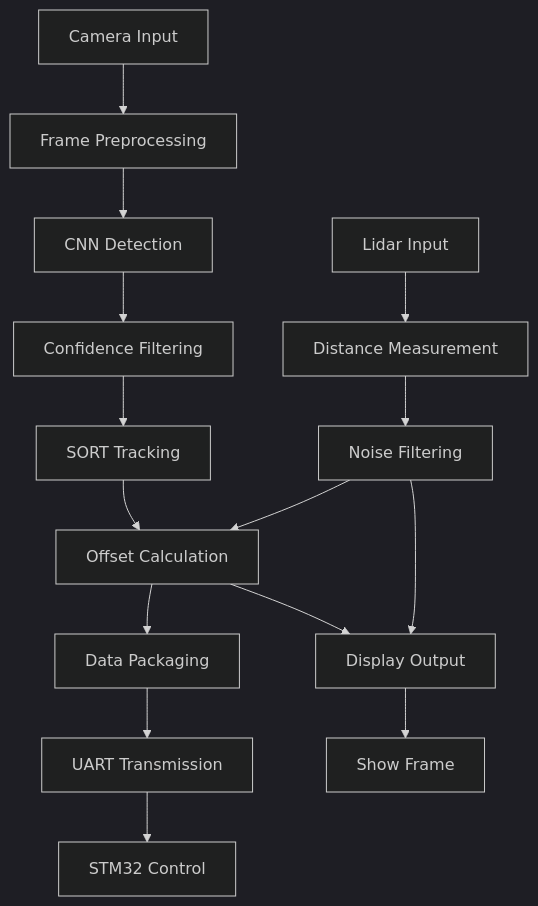
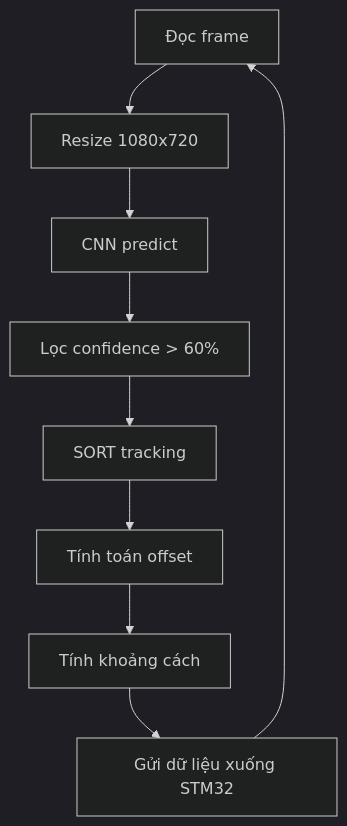
The diagram in README.md (BaoHan1712/ROBOCON-ABU-2025), drawn with Mermaid (dark theme) before and after one commit. The commit also changed other lines of this file and 5 other files, not shown here.

````diff
--- a/README.md
+++ b/README.md
@@ -218,20 +61,11 @@
 ```mermaid
 flowchart TD
-    A[Camera Input] --> B[Frame Preprocessing]
-    B --> C[CNN Detection]
-    C --> D[Confidence Filtering]
-    D --> E[SORT Tracking]
-    
-    F[Lidar Input] --> G[Distance Measurement]
-    G --> H[Noise Filtering]
-    
-    E --> I[Offset Calculation]
-    H --> I
-    I --> J[Data Packaging]
-    J --> K[UART Transmission]
-    K --> L[STM32 Control]
-    
-    M[Display Output] --> N[Show Frame]
-    I --> M
-    H --> M
+A[Đọc frame] --> B[Resize 1080x720]
+B --> C[CNN predict]
+C --> D[Lọc confidence > 60%]
+D --> E[SORT tracking]
+E --> F[Tính toán offset]
+F --> G[Tính khoảng cách]
+G --> H[Gửi dữ liệu xuống STM32]
+H --> A
 ```
````
